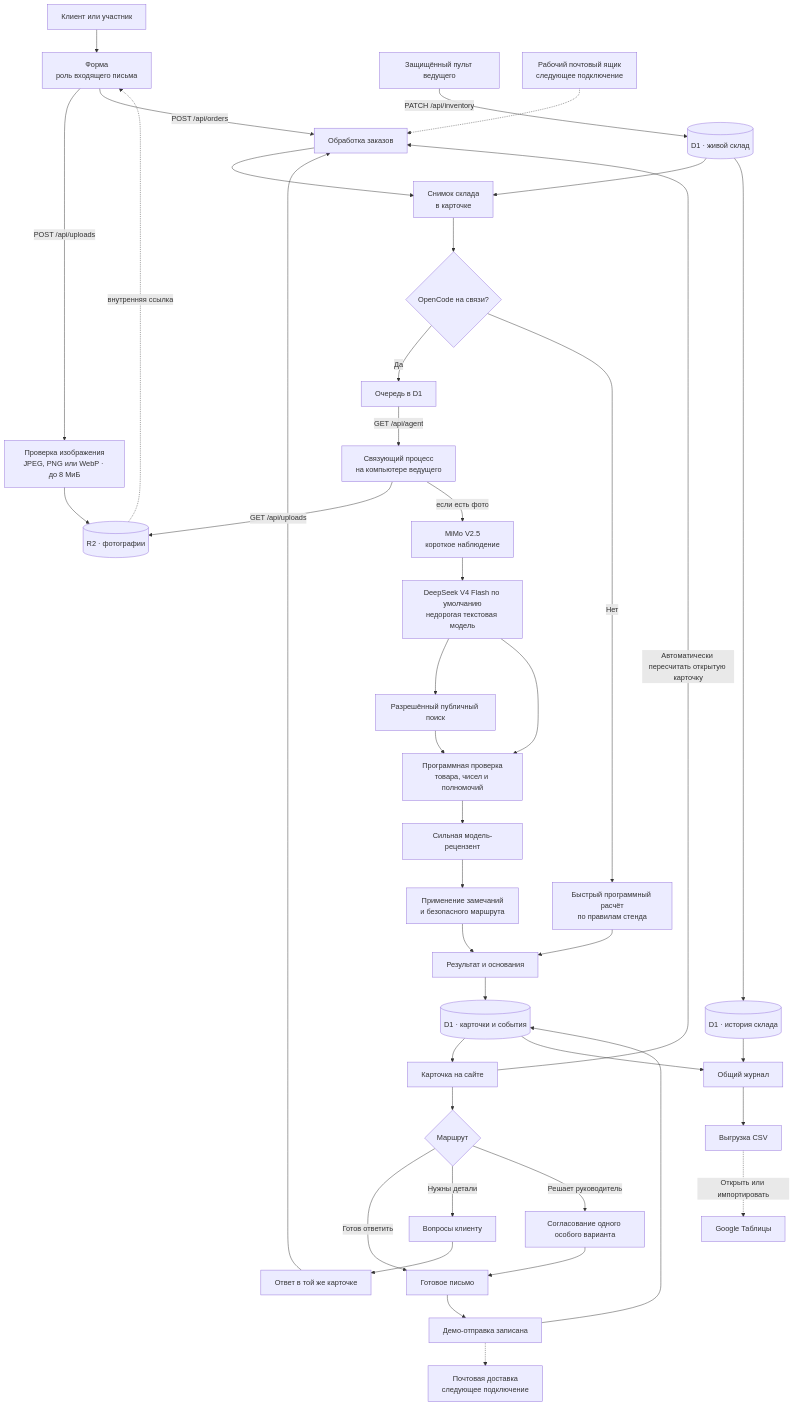
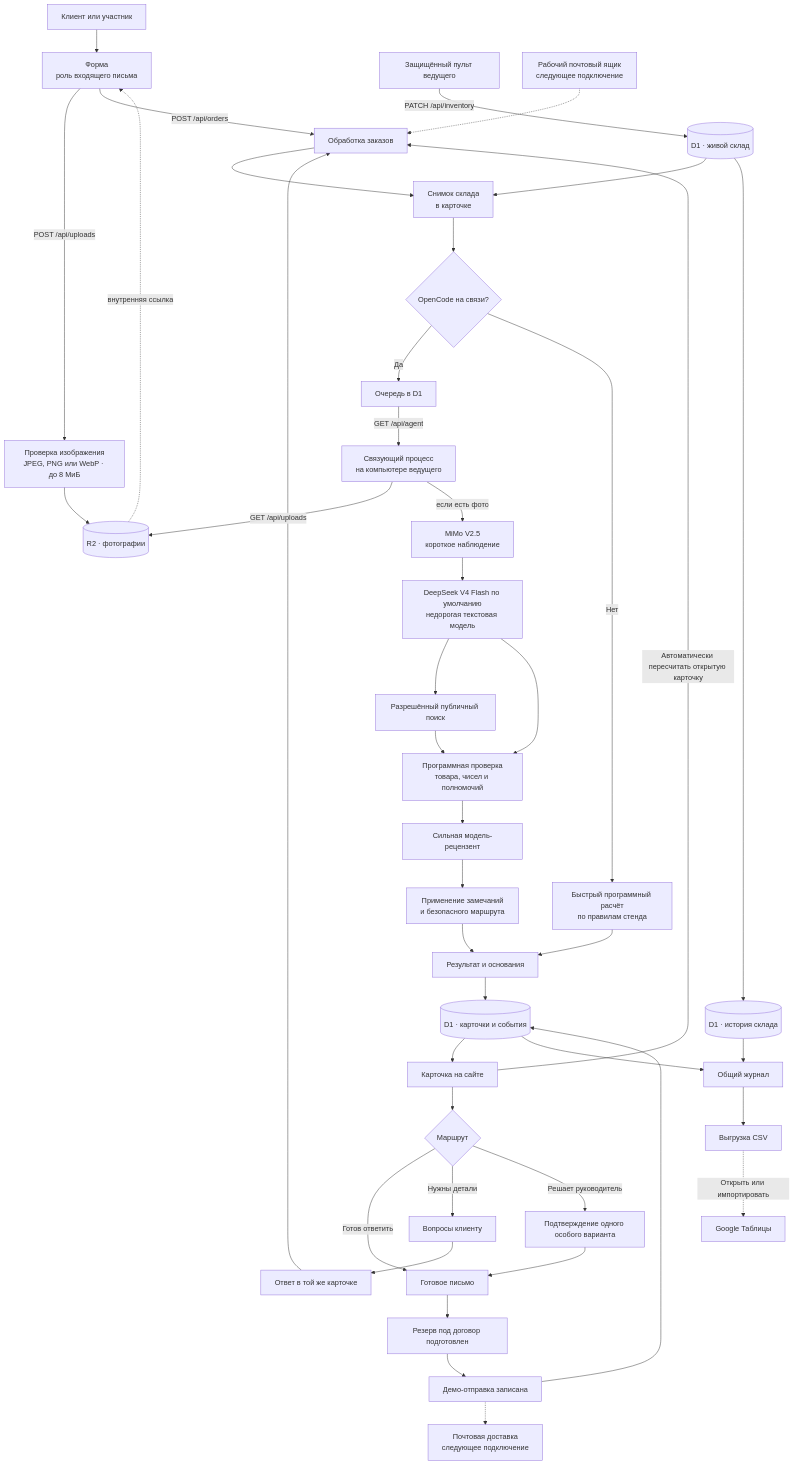
The first of 2 diagrams in docs/ARCHITECTURE-AND-WEBINAR.md (Matrix6892/Pilot_webinars), drawn with Mermaid before and after one commit. The commit also changed other lines of this file and 8 other files, not shown here.

Commit message:
Add contract reserve to webinar order flow

````diff
--- a/docs/ARCHITECTURE-AND-WEBINAR.md
+++ b/docs/ARCHITECTURE-AND-WEBINAR.md
@@ -86,50 +86,51 @@
 ```mermaid
 flowchart TD
     CLIENT["Клиент или участник"] --> FORM["Форма<br/>роль входящего письма"]
     FORM -- "POST /api/uploads" --> UPLOAD["Проверка изображения<br/>JPEG, PNG или WebP · до 8 МиБ"]
     UPLOAD --> R2[("R2 · фотографии")]
     R2 -. "внутренняя ссылка" .-> FORM
     FORM -- "POST /api/orders" --> ORDERS["Обработка заказов"]
     STOCK[("D1 · живой склад")] --> SNAP["Снимок склада<br/>в карточке"]
     ORDERS --> SNAP
     SNAP --> MODE{"OpenCode на связи?"}
 
     MODE -- "Да" --> QUEUE["Очередь в D1"]
     QUEUE -- "GET /api/agent" --> BRIDGE["Связующий процесс<br/>на компьютере ведущего"]
     BRIDGE -- "GET /api/uploads" --> R2
     BRIDGE -- "если есть фото" --> VISION["MiMo V2.5<br/>короткое наблюдение"]
     VISION --> WORKER["DeepSeek V4 Flash по умолчанию<br/>недорогая текстовая модель"]
     WORKER --> SEARCH["Разрешённый публичный поиск"]
     SEARCH --> GUARD["Программная проверка<br/>товара, чисел и полномочий"]
     WORKER --> GUARD
     GUARD --> REVIEW["Сильная модель-рецензент"]
     REVIEW --> SAFE["Применение замечаний<br/>и безопасного маршрута"]
 
     MODE -- "Нет" --> FAST["Быстрый программный расчёт<br/>по правилам стенда"]
     FAST --> RESULT["Результат и основания"]
     SAFE --> RESULT
     RESULT --> ORDERDB[("D1 · карточки и события")]
     ORDERDB --> SITE["Карточка на сайте"]
 
     SITE --> ROUTE{"Маршрут"}
     ROUTE -- "Готов ответить" --> LETTER["Готовое письмо"]
     ROUTE -- "Нужны детали" --> QUESTIONS["Вопросы клиенту"]
     QUESTIONS --> ANSWER["Ответ в той же карточке"]
     ANSWER --> ORDERS
-    ROUTE -- "Решает руководитель" --> MANAGER["Согласование одного особого варианта"]
+    ROUTE -- "Решает руководитель" --> MANAGER["Подтверждение одного особого варианта"]
     MANAGER --> LETTER
-    LETTER --> SENT["Демо-отправка записана"]
+    LETTER --> RESERVE["Резерв под договор подготовлен"]
+    RESERVE --> SENT["Демо-отправка записана"]
     SENT --> ORDERDB
 
     HOST["Защищённый пульт ведущего"] -- "PATCH /api/inventory" --> STOCK
     STOCK --> HISTORY[("D1 · история склада")]
     SITE -- "Автоматически пересчитать открытую карточку" --> ORDERS
 
     ORDERDB --> LEDGER["Общий журнал"]
     HISTORY --> LEDGER
     LEDGER --> CSV["Выгрузка CSV"]
     CSV -. "Открыть или импортировать" .-> SHEETS["Google Таблицы"]
 
     MAILIN["Рабочий почтовый ящик<br/>следующее подключение"] -.-> ORDERS
     SENT -.-> MAILOUT["Почтовая доставка<br/>следующее подключение"]
 ```
````
